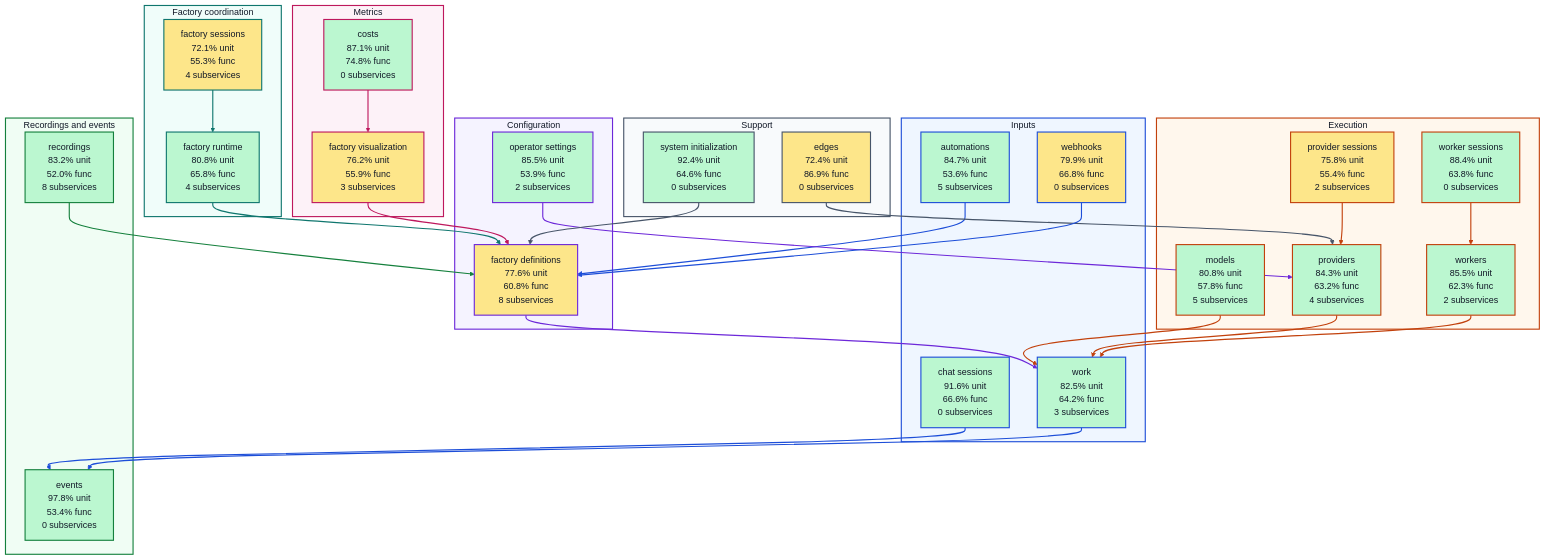
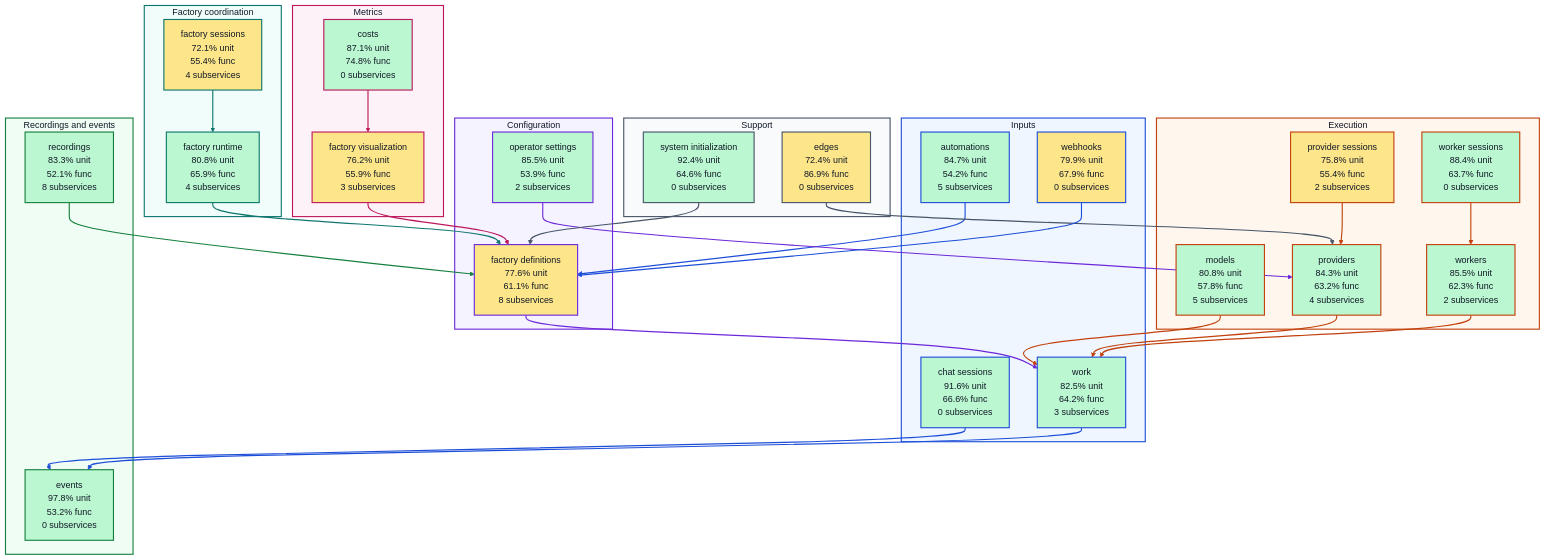
One commit to portpowered/you-agent-factory changed the diagram in docs/architecture/visualizations/high-level-test-coverage.md. Above: the diagram before and after it, drawn with Mermaid (base theme). The commit also changed other lines of this file and 20 other files, not shown here.

Commit message:
docs: refresh backend architecture visualizations

````diff
--- a/docs/architecture/visualizations/high-level-test-coverage.md
+++ b/docs/architecture/visualizations/high-level-test-coverage.md
@@ -11,29 +11,29 @@
 ```mermaid
 flowchart TB
   subgraph input["Inputs"]
-    s_services_automations["automations<br/>84.7% unit<br/>53.6% func<br/>5 subservices"]
+    s_services_automations["automations<br/>84.7% unit<br/>54.2% func<br/>5 subservices"]
     s_services_chat_sessions["chat sessions<br/>91.6% unit<br/>66.6% func<br/>0 subservices"]
-    s_services_webhooks["webhooks<br/>79.9% unit<br/>66.8% func<br/>0 subservices"]
+    s_services_webhooks["webhooks<br/>79.9% unit<br/>67.9% func<br/>0 subservices"]
     s_services_work["work<br/>82.5% unit<br/>64.2% func<br/>3 subservices"]
   end
   subgraph configuration["Configuration"]
-    s_services_factory_definitions["factory definitions<br/>77.6% unit<br/>60.8% func<br/>8 subservices"]
+    s_services_factory_definitions["factory definitions<br/>77.6% unit<br/>61.1% func<br/>8 subservices"]
     s_services_operator_settings["operator settings<br/>85.5% unit<br/>53.9% func<br/>2 subservices"]
   end
   subgraph coordination["Factory coordination"]
-    s_services_factory_runtime["factory runtime<br/>80.8% unit<br/>65.8% func<br/>4 subservices"]
-    s_services_factory_sessions["factory sessions<br/>72.1% unit<br/>55.3% func<br/>4 subservices"]
+    s_services_factory_runtime["factory runtime<br/>80.8% unit<br/>65.9% func<br/>4 subservices"]
+    s_services_factory_sessions["factory sessions<br/>72.1% unit<br/>55.4% func<br/>4 subservices"]
   end
   subgraph execution["Execution"]
     s_services_models["models<br/>80.8% unit<br/>57.8% func<br/>5 subservices"]
     s_services_provider_sessions["provider sessions<br/>75.8% unit<br/>55.4% func<br/>2 subservices"]
     s_services_providers["providers<br/>84.3% unit<br/>63.2% func<br/>4 subservices"]
-    s_services_worker_sessions["worker sessions<br/>88.4% unit<br/>63.8% func<br/>0 subservices"]
+    s_services_worker_sessions["worker sessions<br/>88.4% unit<br/>63.7% func<br/>0 subservices"]
     s_services_workers["workers<br/>85.5% unit<br/>62.3% func<br/>2 subservices"]
   end
   subgraph recordings["Recordings and events"]
-    s_services_events["events<br/>97.8% unit<br/>53.4% func<br/>0 subservices"]
-    s_services_recordings["recordings<br/>83.2% unit<br/>52.0% func<br/>8 subservices"]
+    s_services_events["events<br/>97.8% unit<br/>53.2% func<br/>0 subservices"]
+    s_services_recordings["recordings<br/>83.3% unit<br/>52.1% func<br/>8 subservices"]
   end
   subgraph metrics["Metrics"]
     s_services_costs["costs<br/>87.1% unit<br/>74.8% func<br/>0 subservices"]
````
